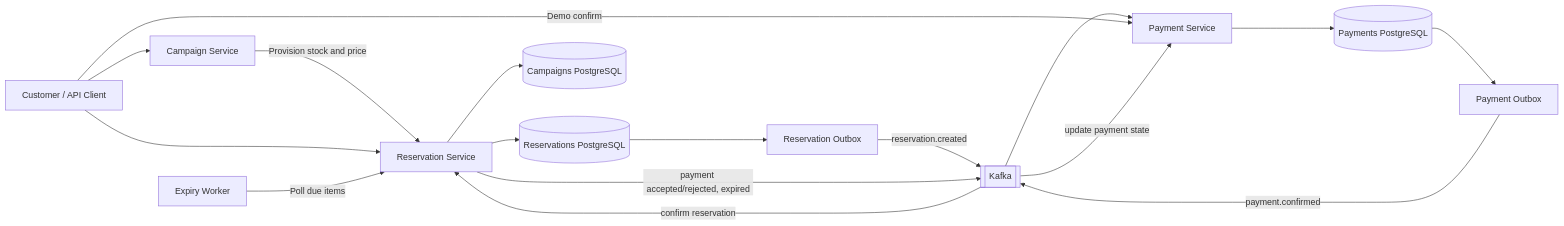
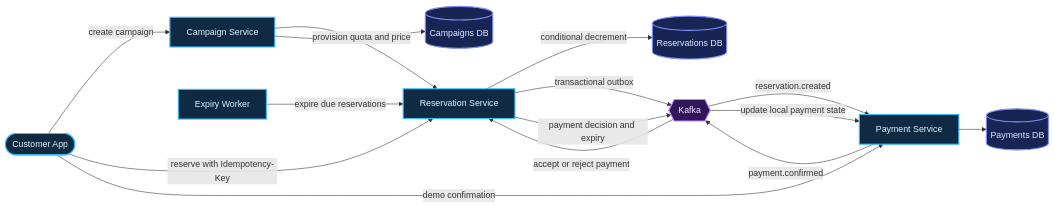
One commit to yaumulmajid/zero-oversell-commerce changed the first of 2 diagrams in README.md. Above: the diagram before and after it, drawn with Mermaid. The commit also changed other lines of this file and 3 other files, not shown here.

Commit message:
Add interactive traffic architecture demo

````diff
--- a/README.md
+++ b/README.md
@@ -55,19 +64,23 @@
 ```mermaid
 flowchart LR
-  Client[Customer / API Client] --> Campaign[Campaign Service]
-  Campaign -->|Provision stock and price| Reservation[Reservation Service]
-  Client --> Reservation
-  Reservation --> RDB[(Reservations PostgreSQL)]
-  RDB --> ROutbox[Reservation Outbox]
-  ROutbox -->|reservation.created| Kafka[[Kafka]]
-  Kafka --> Payment[Payment Service]
-  Payment --> PDB[(Payments PostgreSQL)]
-  Client -->|Demo confirm| Payment
-  PDB --> POutbox[Payment Outbox]
-  POutbox -->|payment.confirmed| Kafka
-  Kafka -->|confirm reservation| Reservation
-  Reservation -->|payment accepted/rejected, expired| Kafka
-  Kafka -->|update payment state| Payment
-  Expiry[Expiry Worker] -->|Poll due items| Reservation
-  Reservation --> CDB[(Campaigns PostgreSQL)]
+  Client([Customer App]) -->|create campaign| Campaign[Campaign Service]
+  Campaign -->|provision quota and price| Reservation[Reservation Service]
+  Client -->|reserve with Idempotency-Key| Reservation
+  Reservation -->|conditional decrement| RDB[(Reservations DB)]
+  Reservation -->|transactional outbox| Kafka{{Kafka}}
+  Kafka -->|reservation.created| Payment[Payment Service]
+  Payment --> PDB[(Payments DB)]
+  Client -->|demo confirmation| Payment
+  Payment -->|payment.confirmed| Kafka
+  Kafka -->|accept or reject payment| Reservation
+  Reservation -->|payment decision and expiry| Kafka
+  Kafka -->|update local payment state| Payment
+  Expiry[Expiry Worker] -->|expire due reservations| Reservation
+  Campaign --> CDB[(Campaigns DB)]
+  classDef service fill:#102a43,stroke:#38bdf8,color:#e0f2fe,stroke-width:2px
+  classDef database fill:#172554,stroke:#818cf8,color:#e0e7ff,stroke-width:2px
+  classDef event fill:#31165c,stroke:#c084fc,color:#f3e8ff,stroke-width:2px
+  class Client,Campaign,Reservation,Payment,Expiry service
+  class RDB,PDB,CDB database
+  class Kafka event
 ```
````
